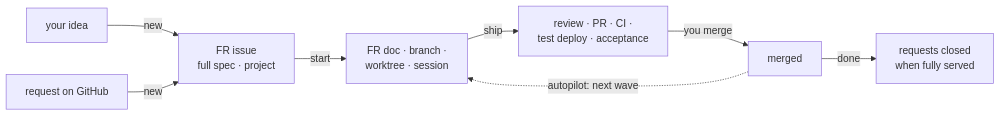
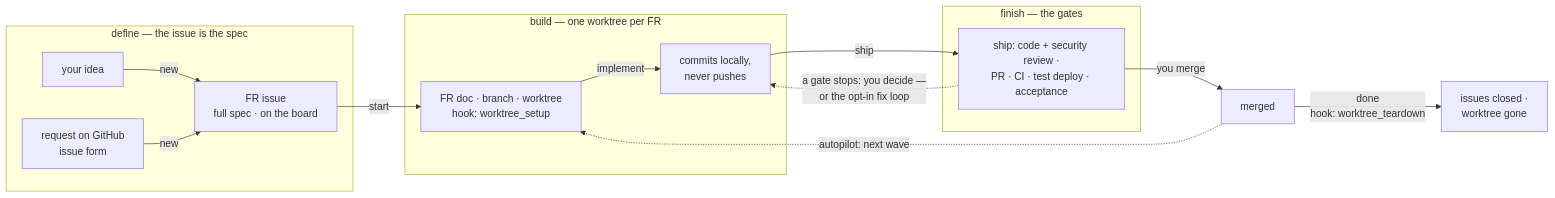
The diagram in README.md (bmoers/claude-fr-workflow), drawn with Mermaid before and after one commit. The commit also changed other lines of this file and 10 other files, not shown here.

````diff
--- a/README.md
+++ b/README.md
@@ -7,10 +7,19 @@
 ```mermaid
 flowchart LR
-  A["your idea"] -->|"new"| F["FR issue<br/>full spec · project"]
-  R["request on GitHub"] -->|"new"| F
-  F -->|"start"| P["FR doc · branch ·<br/>worktree · session"]
-  P -->|"ship"| S["review · PR · CI ·<br/>test deploy · acceptance"]
+  subgraph define["define — the issue is the spec"]
+    A["your idea"] -->|"new"| F["FR issue<br/>full spec · on the board"]
+    R["request on GitHub<br/>issue form"] -->|"new"| F
+  end
+  subgraph build["build — one worktree per FR"]
+    P["FR doc · branch · worktree<br/>hook: worktree_setup"] -->|"implement"| I["commits locally,<br/>never pushes"]
+  end
+  subgraph finish["finish — the gates"]
+    S["ship: code + security review ·<br/>PR · CI · test deploy · acceptance"]
+  end
+  F -->|"start"| P
+  I -->|"ship"| S
   S -->|"you merge"| M["merged"]
-  M -->|"done"| C["requests closed<br/>when fully served"]
+  M -->|"done<br/>hook: worktree_teardown"| C["issues closed ·<br/>worktree gone"]
+  S -.->|"a gate stops: you decide —<br/>or the opt-in fix loop"| I
   M -.->|"autopilot: next wave"| P
 ```
````
